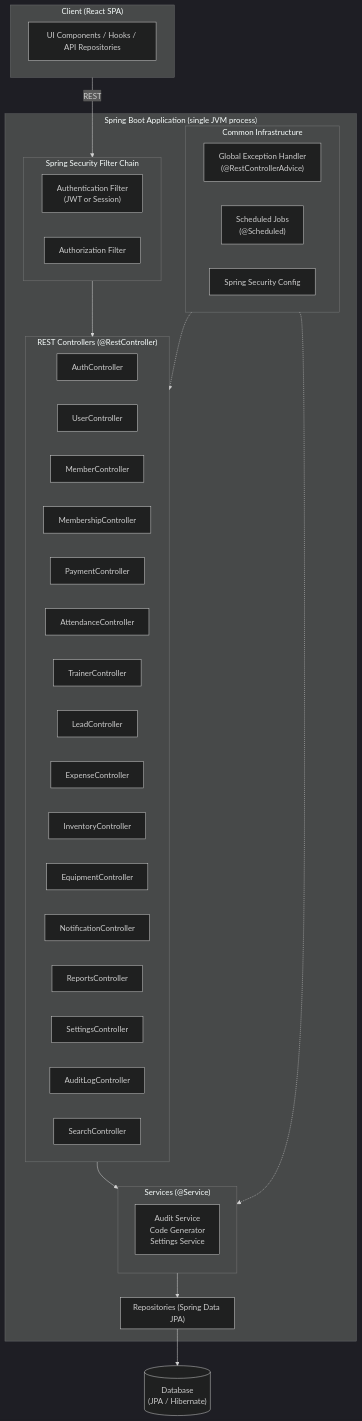
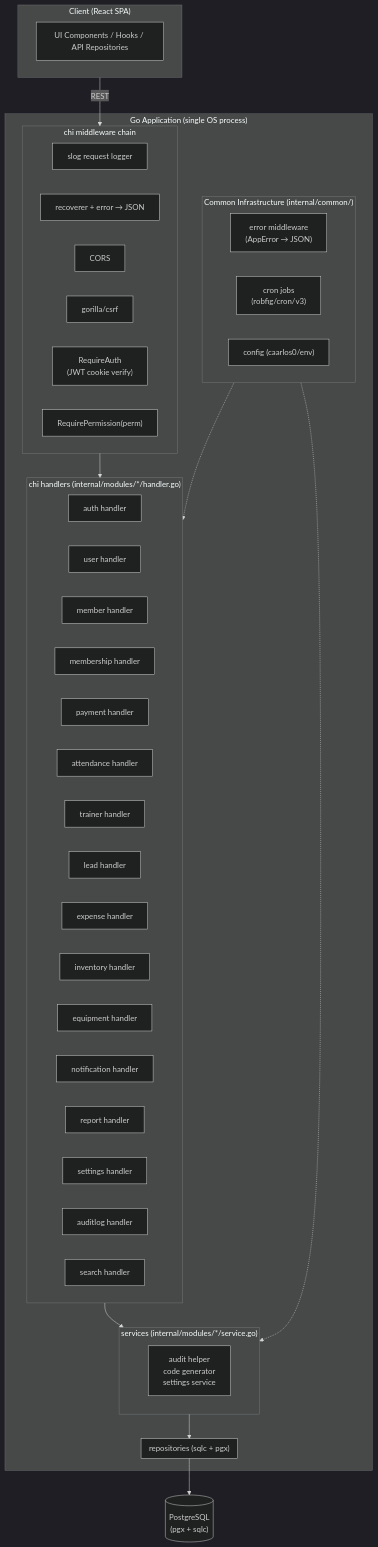
The second of 5 diagrams in backend/docs/02-system-architecture.md (sidpd51/gym-app), drawn with Mermaid (dark theme) before and after one commit. The commit also changed other lines of this file and 5 other files, not shown here.

Commit message:
Migrate backend architecture documentation from Java/Spring Boot to Go

````diff
--- a/backend/docs/02-system-architecture.md
+++ b/backend/docs/02-system-architecture.md
@@ -62,57 +66,61 @@
 ```mermaid
 flowchart TD
     subgraph Client["Client (React SPA)"]
         UI["UI Components / Hooks / API Repositories"]
     end
 
-    subgraph SpringBoot["Spring Boot Application (single JVM process)"]
+    subgraph GoApp["Go Application (single OS process)"]
 
-        subgraph Filter["Spring Security Filter Chain"]
-            AuthFilter["Authentication Filter\n(JWT or Session)"]
-            AuthzFilter["Authorization Filter"]
+        subgraph MW["chi middleware chain"]
+            Logger["slog request logger"]
+            Recover["recoverer + error → JSON"]
+            CORS["CORS"]
+            CSRF["gorilla/csrf"]
+            AuthMW["RequireAuth\n(JWT cookie verify)"]
+            PermMW["RequirePermission(perm)"]
         end
 
-        subgraph Controllers["REST Controllers (@RestController)"]
-            AC["AuthController"]
-            UC["UserController"]
-            MC["MemberController"]
-            MSC["MembershipController"]
-            PC["PaymentController"]
-            ATC["AttendanceController"]
-            TC["TrainerController"]
-            LC["LeadController"]
-            EC["ExpenseController"]
-            IC["InventoryController"]
-            EQC["EquipmentController"]
-            NC["NotificationController"]
-            RC["ReportsController"]
-            SC["SettingsController"]
-            ALC["AuditLogController"]
-            SRC["SearchController"]
+        subgraph Handlers["chi handlers (internal/modules/*/handler.go)"]
+            AC["auth handler"]
+            UC["user handler"]
+            MC["member handler"]
+            MSC["membership handler"]
+            PC["payment handler"]
+            ATC["attendance handler"]
+            TC["trainer handler"]
+            LC["lead handler"]
+            EC["expense handler"]
+            IC["inventory handler"]
+            EQC["equipment handler"]
+            NC["notification handler"]
+            RC["report handler"]
+            SC["settings handler"]
+            ALC["auditlog handler"]
+            SRC["search handler"]
         end
 
-        subgraph Services["Services (@Service)"]
+        subgraph Services["services (internal/modules/*/service.go)"]
             direction TB
-            SharedServices["Audit Service\nCode Generator\nSettings Service"]
+            SharedServices["audit helper\ncode generator\nsettings service"]
         end
 
-        subgraph Repos["Repositories (Spring Data JPA)"]
+        subgraph Repos["repositories (sqlc + pgx)"]
         end
 
-        subgraph Infra["Common Infrastructure"]
-            ExcHandler["Global Exception Handler\n(@RestControllerAdvice)"]
-            Scheduler["Scheduled Jobs\n(@Scheduled)"]
-            Security["Spring Security Config"]
+        subgraph Infra["Common Infrastructure (internal/common/)"]
+            ErrMW["error middleware\n(AppError → JSON)"]
+            Scheduler["cron jobs\n(robfig/cron/v3)"]
+            Config["config (caarlos0/env)"]
         end
     end
 
-    DB[("Database\n(JPA / Hibernate)")]
+    DB[("PostgreSQL\n(pgx + sqlc)")]
 
-    Client -->|"REST"| Filter
-    Filter --> Controllers
-    Controllers --> Services
+    Client -->|"REST"| MW
+    MW --> Handlers
+    Handlers --> Services
     Services --> Repos
     Repos --> DB
-    Infra -.-> Controllers
+    Infra -.-> Handlers
     Infra -.-> Services
 ```
````
